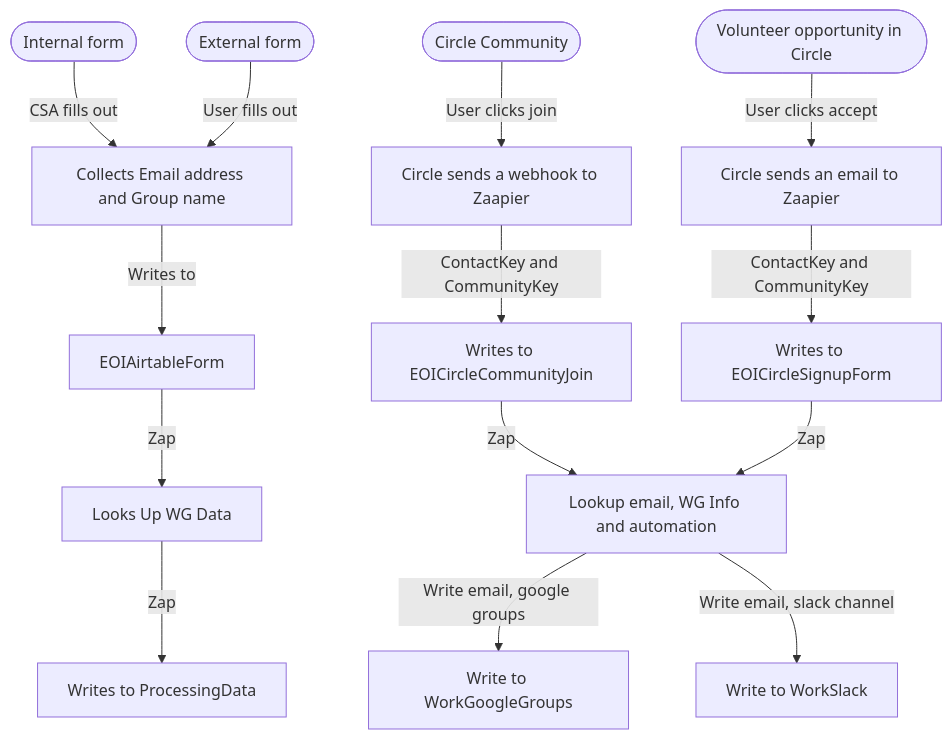
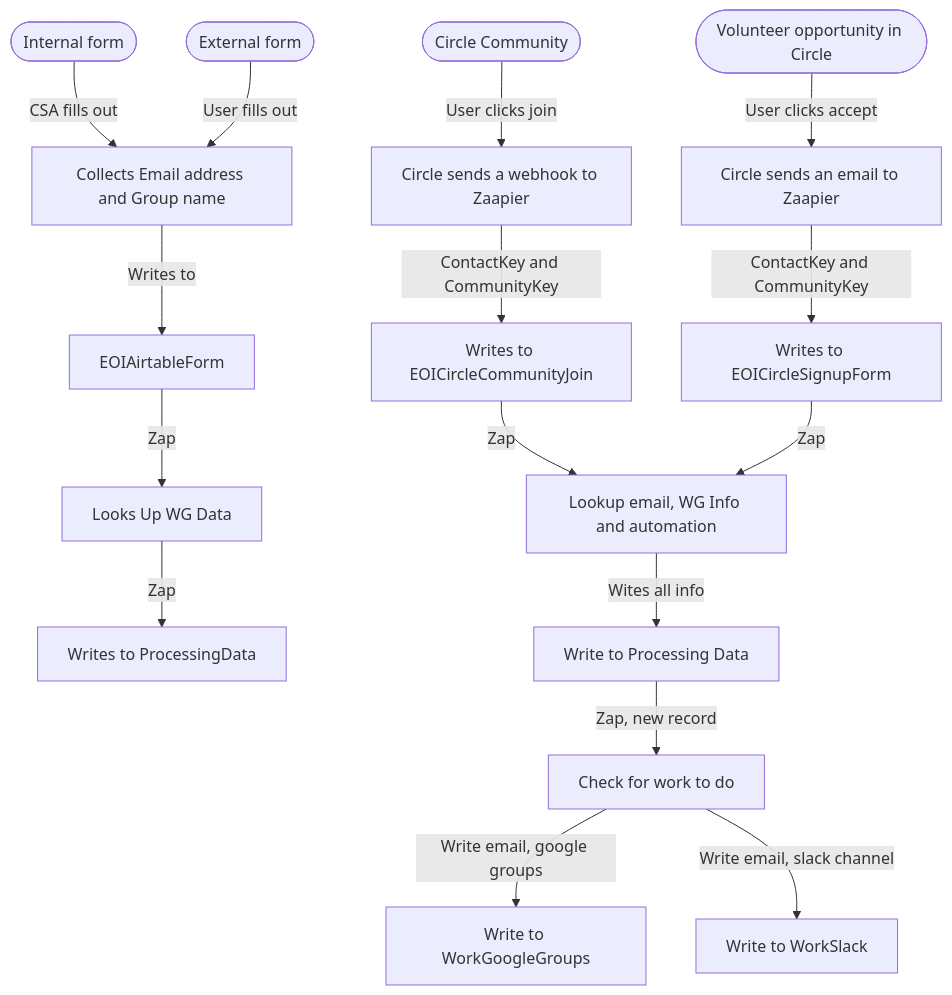
One commit to CloudSecurityAlliance/CSA-IT-Operations changed the diagram in projects/WG-automation/diagram.md. Above: the diagram before and after it, drawn with Mermaid.

````diff
--- a/projects/WG-automation/diagram.md
+++ b/projects/WG-automation/diagram.md
@@ -1,30 +1,34 @@
 ```mermaid
 graph TD;
 
 
 internalForm([Internal form])
 
 externalForm([External form])
 %% requires email validation, e.g. Google forms "Collect email addresses Respondents will be required to sign in to Google"
 
 joinCommunity([Circle Community])
 joinVolunteer([Volunteer opportunity in Circle])
 
 internalForm --> |CSA fills out| collectEmailAndGroup[Collects Email address and Group name]
 externalForm --> |User fills out| collectEmailAndGroup[Collects Email address and Group name]
 collectEmailAndGroup --> |Writes to| EOIAirtableForm[EOIAirtableForm]
 EOIAirtableForm --> |Zap| LookupWGData[Looks Up WG Data]
 LookupWGData --> |Zap| WritesToProcessingData[Writes to ProcessingData]
 
 joinCommunity --> |User clicks join| CircleWebHook[Circle sends a webhook to Zaapier]
 joinVolunteer --> |User clicks accept| CircleSendsEmail[Circle sends an email to Zaapier]
 
 CircleWebHook --> |ContactKey and CommunityKey| WritesToEOICircleCommunityJoin[Writes to EOICircleCommunityJoin]
 CircleSendsEmail --> |ContactKey and CommunityKey| WritesToEOICircleSignupForm[Writes to EOICircleSignupForm]
 
 WritesToEOICircleCommunityJoin --> |Zap| LookupWGInfoAndAutomation[Lookup email, WG Info and automation]
 WritesToEOICircleSignupForm --> |Zap| LookupWGInfoAndAutomation[Lookup email, WG Info and automation]
 
-LookupWGInfoAndAutomation --> |Write email, google groups| WriteToWorkGoogleGroups[Write to WorkGoogleGroups]
-LookupWGInfoAndAutomation --> |Write email, slack channel| WriteToWorkSlack[Write to WorkSlack]
+LookupWGInfoAndAutomation --> |Wites all info| WriteToProcessingData[Write to Processing Data]
+
+WriteToProcessingData --> |Zap, new record| CheckForWorkToDo[Check for work to do]
+
+CheckForWorkToDo --> |Write email, google groups| WriteToWorkGoogleGroups[Write to WorkGoogleGroups]
+CheckForWorkToDo --> |Write email, slack channel| WriteToWorkSlack[Write to WorkSlack]
 ```
````
